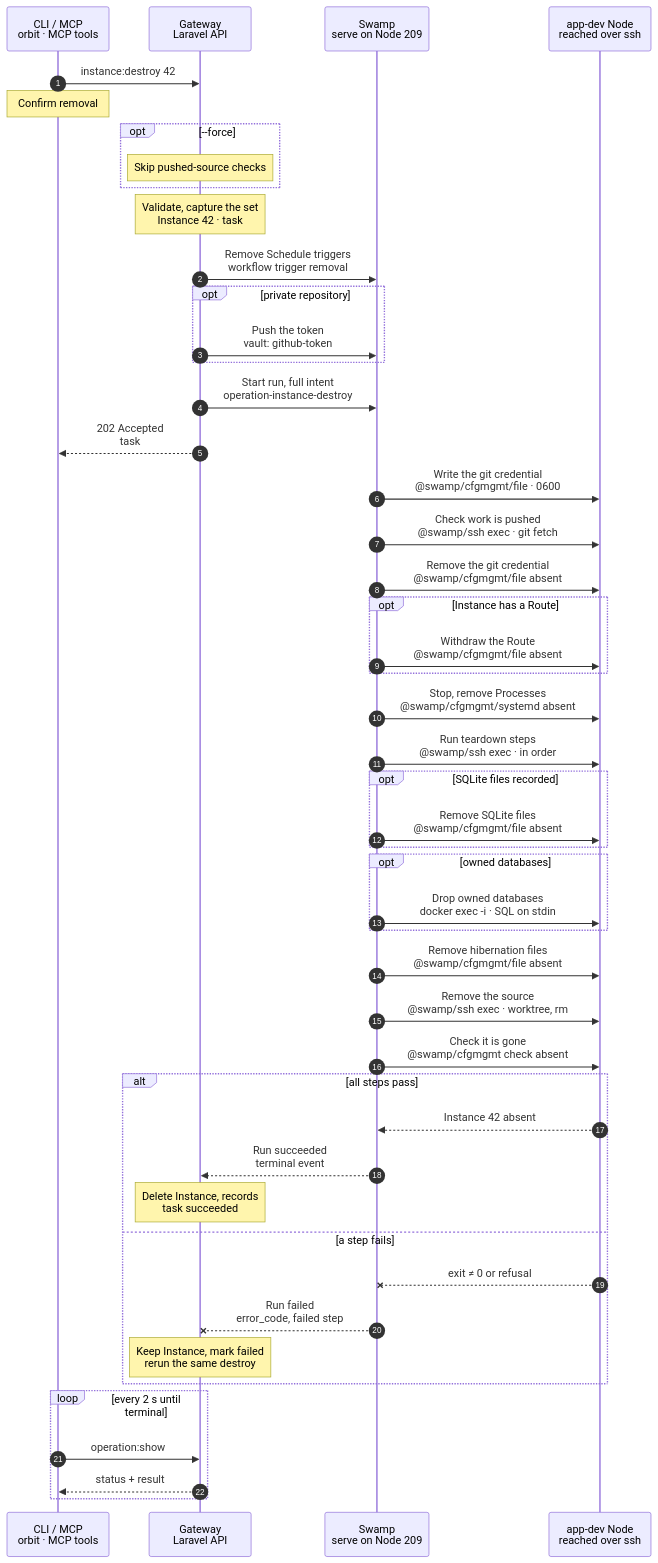
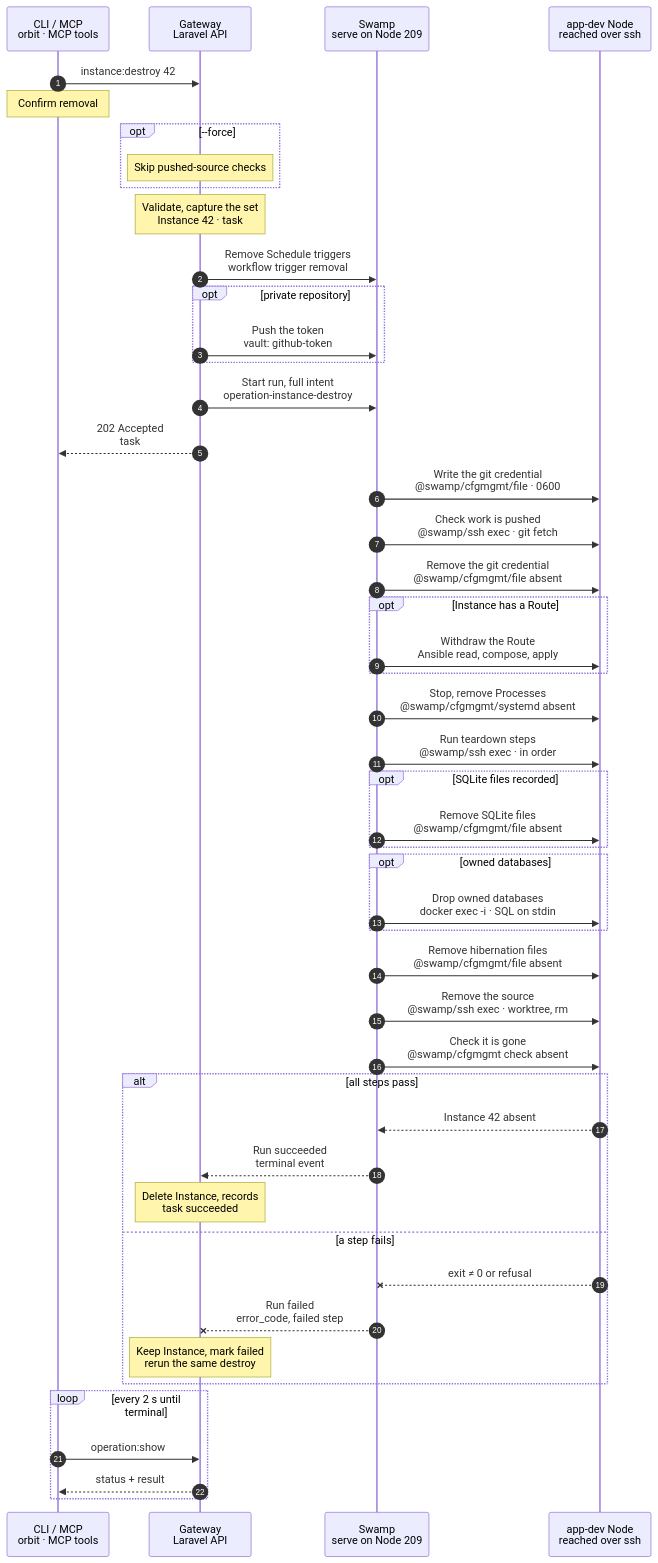
Before and after one commit to hardimpactdev/orbit: the diagram in docs/cli/instance/destroy.mmd, drawn with Mermaid. The commit also changed 13 other files, not shown here.

First line of the commit message:
perf(destroy): withdraw the Route in one Ansible read, one composition and one apply per Node (#3028)

```diff
--- a/docs/cli/instance/destroy.mmd
+++ b/docs/cli/instance/destroy.mmd
@@ -4,6 +4,7 @@
   %% Decided: Nick 2026-11-02, the Route is withdrawn first, before teardown; a failed teardown leaves the site down and a rerun completes.
   %% Decided by the orchestrator, for Nick's review (2026-11-06): an Instance without a Route skips the Route withdrawal and the DNS records (a bare destroy spent 33 s and 11 s there on nothing), and a destroyed name waits no DNS grace (it has no new target to move to; the 31 s wait was 27% of a 116 s destroy).
   %% Decided by the orchestrator, for Nick's review (2026-11-06): a destroy applies each published state once. Without the grace, the prepared, withdrawn and live Caddyfiles and the prepared and final DNS records are identical, so the Route mutation publishes each once (two of three Caddy publications and two of three DNS publications were repeats); the separate DNS step of the Instance, which repeated the mutation, is gone.
+  %% Decided by the orchestrator, for Nick's review (2026-11-06): the Route withdrawal is one Ansible read, one composition and one Ansible apply per Node, the Nodes in parallel, in place of about 30 serial dispatches of the Route mutation (34 s of a 46 s destroy). The pool and Caddyfile composition is unchanged; it runs once against what the Node holds, and the captured states keep their revision checks. DNS records leave in the same phase as the Caddy site of another Node, not after it.
   %% status: draft
   %% command: instance:destroy
   %% kind: instance.destroy
@@ -99,15 +100,18 @@
   %%> When:
   %%> - always after the check, also when it refused
   opt Instance has a Route
-  SW->>N: Withdraw the Route<br/>@swamp/cfgmgmt/file absent
+  SW->>N: Withdraw the Route<br/>Ansible read, compose, apply
   %%> What it does:
   %%> - removes the Caddy site of Instance 42, its PHP pool and its certificate, then reloads Caddy; no restart
-  %%> - one step, the mirror of `route:create`, which installs the certificate and publishes the site in one step
+  %%> - per Node, in parallel: one Ansible read of the pools, the Caddyfile and the private DNS files, one composition of the captured states against them, one Ansible apply
+  %%> - the apply writes the pools, tests and reloads PHP-FPM, writes the Caddyfile, validates and reloads Caddy, writes the DNS records and restarts the backend, then removes the certificate folders
   %%> - for a Route domain outside the Cluster or Node TLD it also removes the private DNS records on Node 1 (private DNS answers the whole TLD, so a domain inside it has none), in this step and not in a step of its own
   %%> If it does not hold:
   %%> - every later step is skipped and the task fails with `route.withdrawal_failed`; the Instance and its source stay
   %%> How:
-  %%> - Swamp reaches Node 12 over SSH from 209 with `@swamp/ssh` and `@swamp/cfgmgmt/file` (`ensure: absent`) plus `@swamp/cfgmgmt/systemd` reload; nothing is copied to the Node
+  %%> - Swamp runs the Ansible phases from 209 over SSH; the playbook ships with the run, and nothing is copied to the Node
+  %%> - a live file that matches none of the captured states stops the phase before it writes (`owned_revision_conflict`)
+  %%> - the apply refuses a file that changed since the read
   %%> Why first:
   %%> - unpublish before removing, so no request reaches a half-removed Instance
   %%> - accepted: a failed teardown leaves Instance 42 without its site until a rerun completes the removal
```
